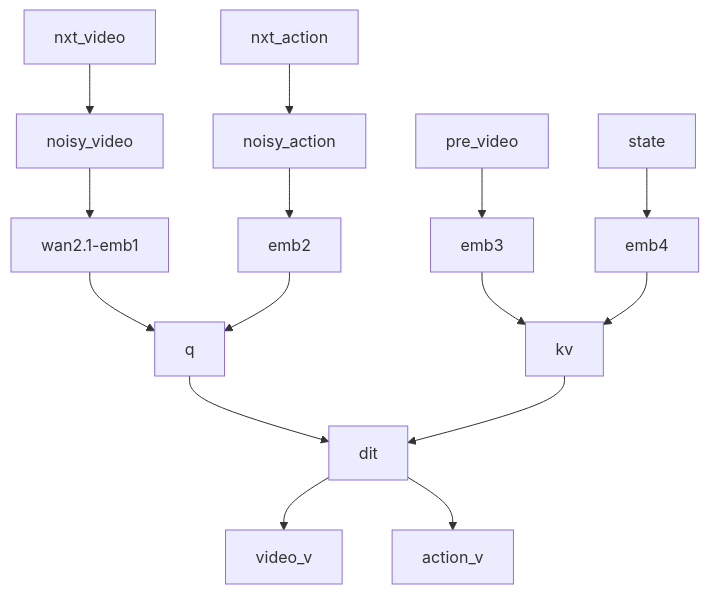
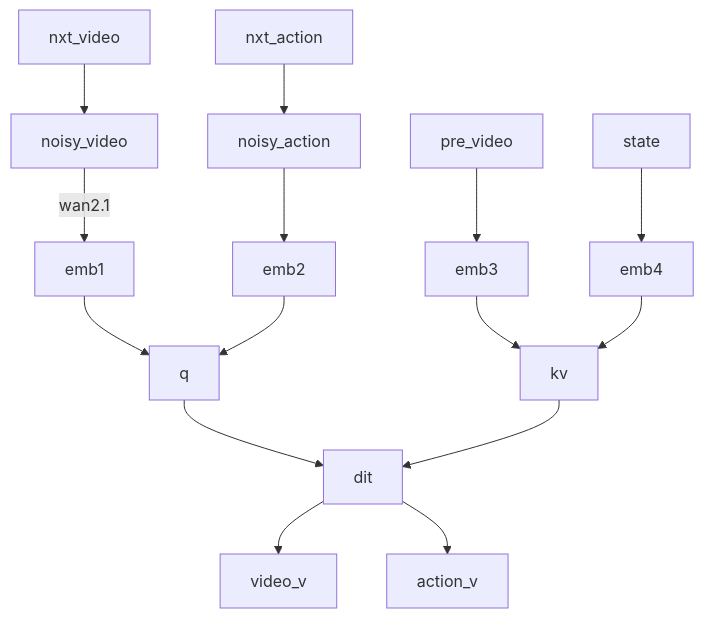
The diagram in papers/papers-batch-3.md (julyfun/how-to), drawn with Mermaid before and after one commit. The commit also changed other lines of this file, not shown here.

````diff
--- a/papers/papers-batch-3.md
+++ b/papers/papers-batch-3.md
@@ -18,9 +18,9 @@
 ```mermaid
 flowchart TD
-    nxt_video --> noisy_video --> wan2.1-emb1 --> q --> dit
+    nxt_video --> noisy_video -->|wan2.1| emb1 --> q --> dit
     nxt_action --> noisy_action --> emb2--> q
     pre_video --> emb3 --> kv --> dit
     state --> emb4 --> kv
     dit --> video_v
     dit --> action_v
 ```
````
